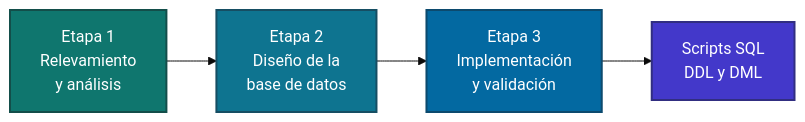
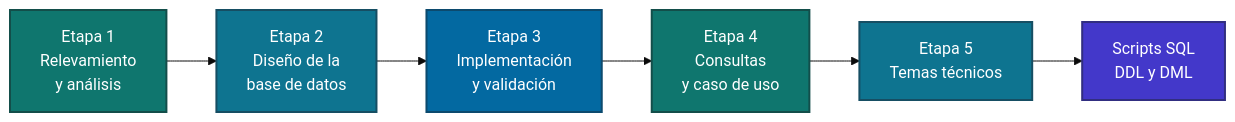
One commit to LucaJSN/proyecto-db1-equipo_11 changed the diagram in README.md. Above: the diagram before and after it, drawn with Mermaid (base theme). The commit also changed other lines of this file, not shown here.

````diff
--- a/README.md
+++ b/README.md
@@ -66,16 +68,20 @@
 ```mermaid
 flowchart LR
     A["Etapa 1<br/>Relevamiento<br/>y análisis"] --> B["Etapa 2<br/>Diseño de la<br/>base de datos"]
     B --> C["Etapa 3<br/>Implementación<br/>y validación"]
-    C --> D["Scripts SQL<br/>DDL y DML"]
+    C --> D["Etapa 4<br/>Consultas <br/>y caso de uso"]
+    D --> E["Etapa 5<br/>Temas técnicos"]
+    E --> F["Scripts SQL<br/>DDL y DML"]
 
     classDef e1 fill:#0F766E,stroke:#134E4A,color:#ffffff,stroke-width:2px
     classDef e2 fill:#0E7490,stroke:#164E63,color:#ffffff,stroke-width:2px
     classDef e3 fill:#0369A1,stroke:#0C4A6E,color:#ffffff,stroke-width:2px
     classDef e4 fill:#4338CA,stroke:#312E81,color:#ffffff,stroke-width:2px
 
     class A e1
     class B e2
     class C e3
-    class D e4
+    class D e1
+    class E e2
+    class F e4
 ```
````
